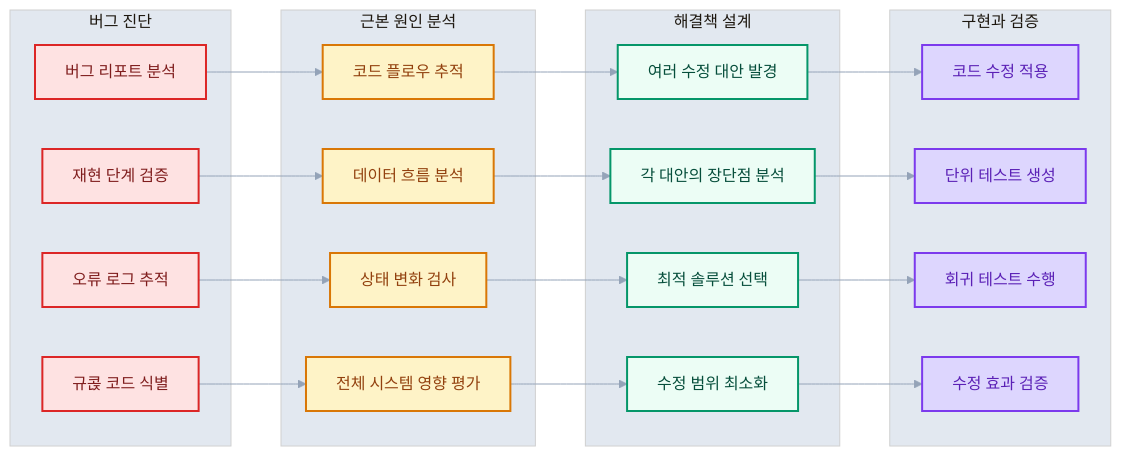
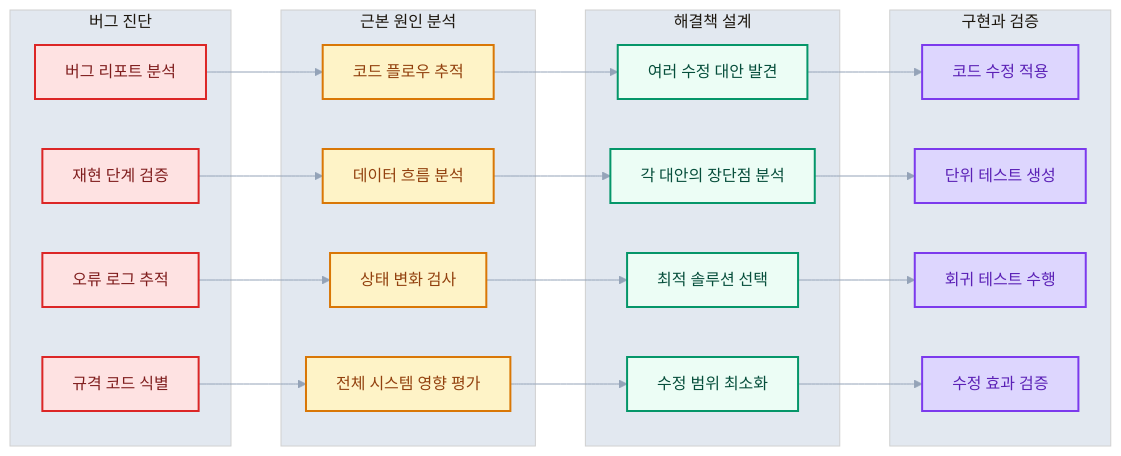
The ninth of 9 diagrams in book/11-chapter11.md (revfactory/claude-code-mastering), drawn with Mermaid before and after one commit.

Commit message:
Fix typo 11-chapter11.md (규콙 → 규격, 발경 → 발견)
mermaid 다이어그램 오타 수정

"규콙 코드 식별" → "규격 코드 식별"
"여러 수정 대안 발경" → "여러 수정 대안 발견"

````diff
--- a/book/11-chapter11.md
+++ b/book/11-chapter11.md
@@ -1059,56 +1059,56 @@
 ```mermaid
 %%{init: {"theme": "base", "themeVariables": {"primaryColor": "#f8fafc", "primaryTextColor": "#1e293b", "primaryBorderColor": "#e2e8f0", "lineColor": "#94a3b8", "secondaryColor": "#f1f5f9", "tertiaryColor": "#e2e8f0"}}}%%
 flowchart LR
     subgraph diagnosis [버그 진단]
         A[버그 리포트 분석]
         B[재현 단계 검증]
         C[오류 로그 추적]
-        D[규콙 코드 식별]
+        D[규격 코드 식별]
     end
     
     subgraph analysis [근본 원인 분석]
         E[코드 플로우 추적]
         F[데이터 흐름 분석]
         G[상태 변화 검사]
         H[전체 시스템 영향 평가]
     end
     
     subgraph solution [해결책 설계]
-        I[여러 수정 대안 발경]
+        I[여러 수정 대안 발견]
         J[각 대안의 장단점 분석]
         K[최적 솔루션 선택]
         L[수정 범위 최소화]
     end
     
     subgraph implementation [구현과 검증]
         M[코드 수정 적용]
         N[단위 테스트 생성]
         O[회귀 테스트 수행]
         P[수정 효과 검증]
     end
     
     A --> E
     B --> F
     C --> G
     D --> H
     
     E --> I
     F --> J
     G --> K
     H --> L
     
     I --> M
     J --> N
     K --> O
     L --> P
     
     classDef diagnosisStyle fill:#fee2e2,stroke:#dc2626,stroke-width:2px,color:#7f1d1d
     classDef analysisStyle fill:#fef3c7,stroke:#d97706,stroke-width:2px,color:#92400e
     classDef solutionStyle fill:#ecfdf5,stroke:#059669,stroke-width:2px,color:#064e3b
     classDef implementationStyle fill:#ddd6fe,stroke:#7c3aed,stroke-width:2px,color:#5b21b6
     
     class A,B,C,D diagnosisStyle
     class E,F,G,H analysisStyle
     class I,J,K,L solutionStyle
     class M,N,O,P implementationStyle
 ```
````
